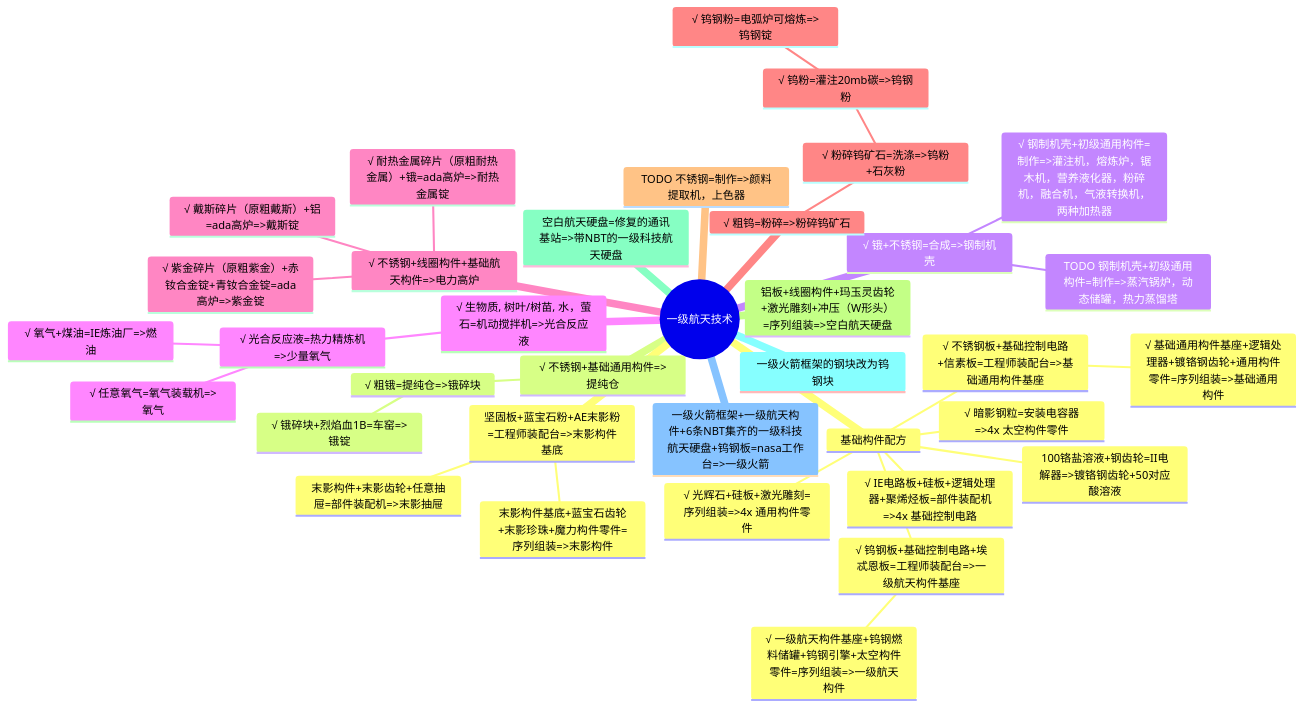
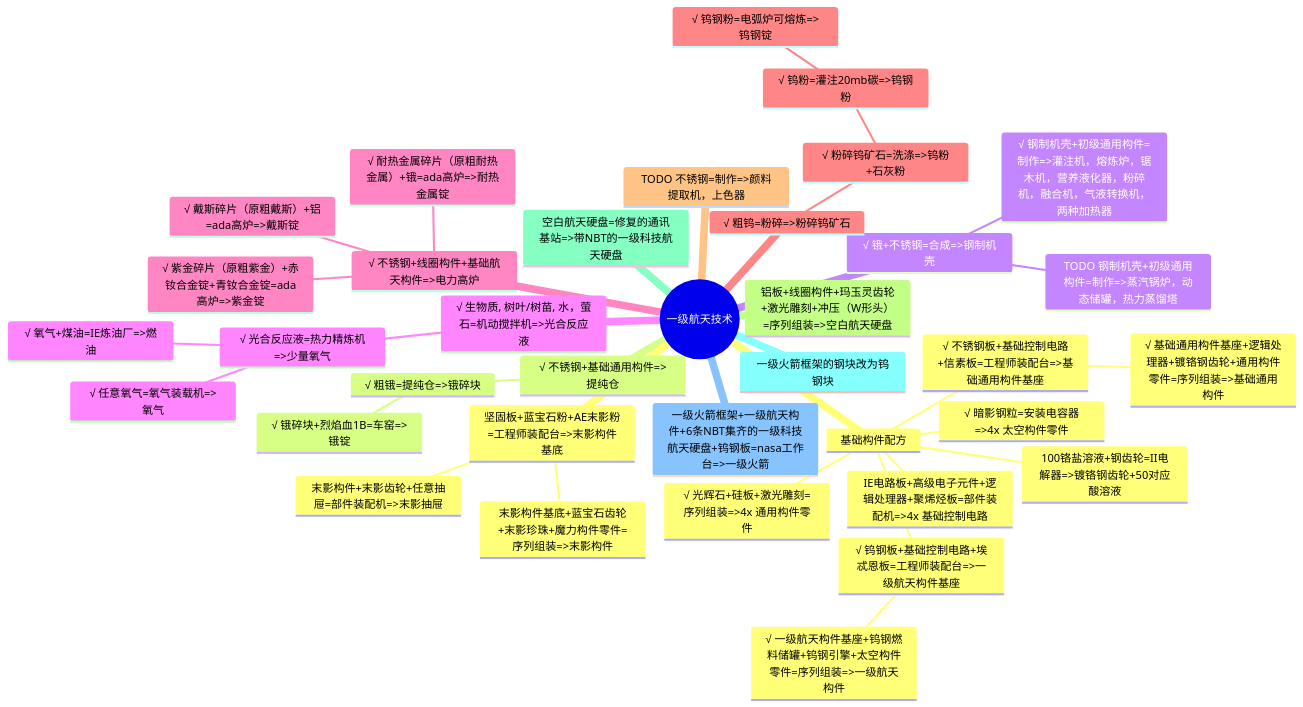
Before and after one commit to VechniMetel/CodeNameCIM2: the first of 3 diagrams in Developer/TechTreeMap.md, drawn with Mermaid.

````diff
--- a/Developer/TechTreeMap.md
+++ b/Developer/TechTreeMap.md
@@ -2,39 +2,39 @@
 ``` mermaid
 mindmap
     root((一级航天技术))
         基础构件配方
-            √ IE电路板+硅板+逻辑处理器+聚烯烃板=部件装配机=>4x 基础控制电路
+            IE电路板+高级电子元件+逻辑处理器+聚烯烃板=部件装配机=>4x 基础控制电路
             √ 光辉石+硅板+激光雕刻=序列组装=>4x 通用构件零件
             √ 暗影钢粒=安装电容器=>4x 太空构件零件
             100铬盐溶液+钢齿轮=II电解器=>镀铬钢齿轮+50对应酸溶液
             √ 钨钢板+基础控制电路+埃忒恩板=工程师装配台=>一级航天构件基座
                 √ 一级航天构件基座+钨钢燃料储罐+钨钢引擎+太空构件零件=序列组装=>一级航天构件
             √ 不锈钢板+基础控制电路+信素板=工程师装配台=>基础通用构件基座
                 √ 基础通用构件基座+逻辑处理器+镀铬钢齿轮+通用构件零件=序列组装=>基础通用构件
         √ 不锈钢+基础通用构件=>提纯仓
             √ 粗锇=提纯仓=>锇碎块
                 √ 锇碎块+烈焰血1B=车窑=>锇锭
         √ 锇+不锈钢=合成=>钢制机壳
             √ 钢制机壳+初级通用构件=制作=>灌注机，熔炼炉，锯木机，营养液化器，粉碎机，融合机，气液转换机，两种加热器
             TODO 钢制机壳+初级通用构件=制作=>蒸汽锅炉，动态储罐，热力蒸馏塔
         √ 生物质, 树叶/树苗, 水，萤石=机动搅拌机=>光合反应液
             √ 光合反应液=热力精炼机=>少量氧气
                 √ 氧气+煤油=IE炼油厂=>燃油
                 √ 任意氧气=氧气装载机=>氧气
         √ 不锈钢+线圈构件+基础航天构件=>电力高炉
             √ 紫金碎片（原粗紫金）+赤钕合金锭+青钕合金锭=ada高炉=>紫金锭
             √ 耐热金属碎片（原粗耐热金属）+锇=ada高炉=>耐热金属锭
             √ 戴斯碎片（原粗戴斯）+铝=ada高炉=>戴斯锭
         √ 粗钨=粉碎=>粉碎钨矿石
             √ 粉碎钨矿石=洗涤=>钨粉+石灰粉
                 √ 钨粉=灌注20mb碳=>钨钢粉
                     √ 钨钢粉=电弧炉可熔炼=>钨钢锭
         TODO 不锈钢=制作=>颜料提取机，上色器
         铝板+线圈构件+玛玉灵齿轮+激光雕刻+冲压（W形头）=序列组装=>空白航天硬盘
         空白航天硬盘=修复的通讯基站=>带NBT的一级科技航天硬盘
         一级火箭框架的钢块改为钨钢块
         一级火箭框架+一级航天构件+6条NBT集齐的一级科技航天硬盘+钨钢板=nasa工作台=>一级火箭
         坚固板+蓝宝石粉+AE末影粉=工程师装配台=>末影构件基底
             末影构件基底+蓝宝石齿轮+末影珍珠+魔力构件零件=序列组装=>末影构件
             末影构件+末影齿轮+任意抽屉=部件装配机=>末影抽屉
 ```
````
